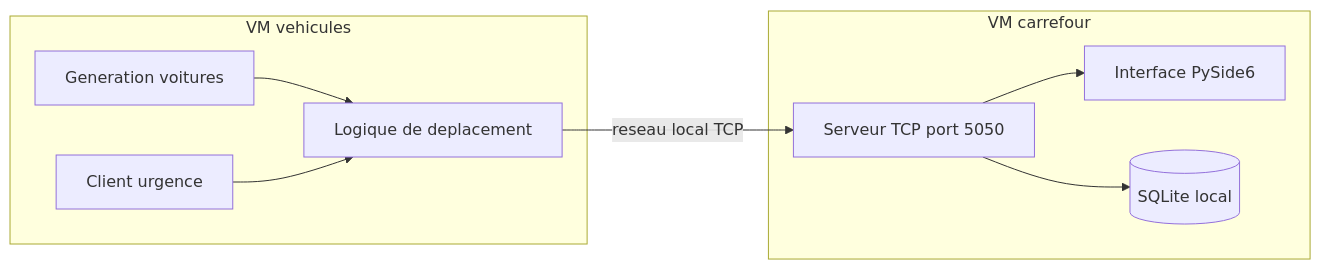
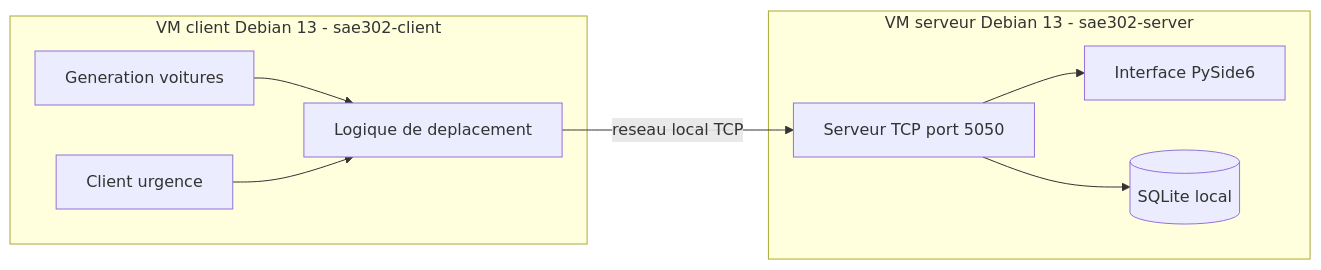
One commit to glufy100/SAE302main changed the eighth of 8 diagrams in doc/Documentation_Technique.md. Above: the diagram before and after it, drawn with Mermaid. The commit also changed other lines of this file and 38 other files, not shown here.

````diff
--- a/doc/Documentation_Technique.md
+++ b/doc/Documentation_Technique.md
@@ -489,20 +379,20 @@
 ```mermaid
 flowchart LR
-    subgraph MachineCarrefour[VM carrefour]
+    subgraph MachineCarrefour[VM serveur Debian 13 - sae302-server]
         gui[Interface PySide6]
         srv[Serveur TCP port 5050]
         sqlite[(SQLite local)]
     end
 
-    subgraph MachineVehicules[VM vehicules]
+    subgraph MachineVehicules[VM client Debian 13 - sae302-client]
         voitures[Generation voitures]
         urgence[Client urgence]
         logique[Logique de deplacement]
     end
 
     voitures --> logique
     urgence --> logique
     logique -- reseau local TCP --> srv
     srv --> gui
     srv --> sqlite
 ```
````
